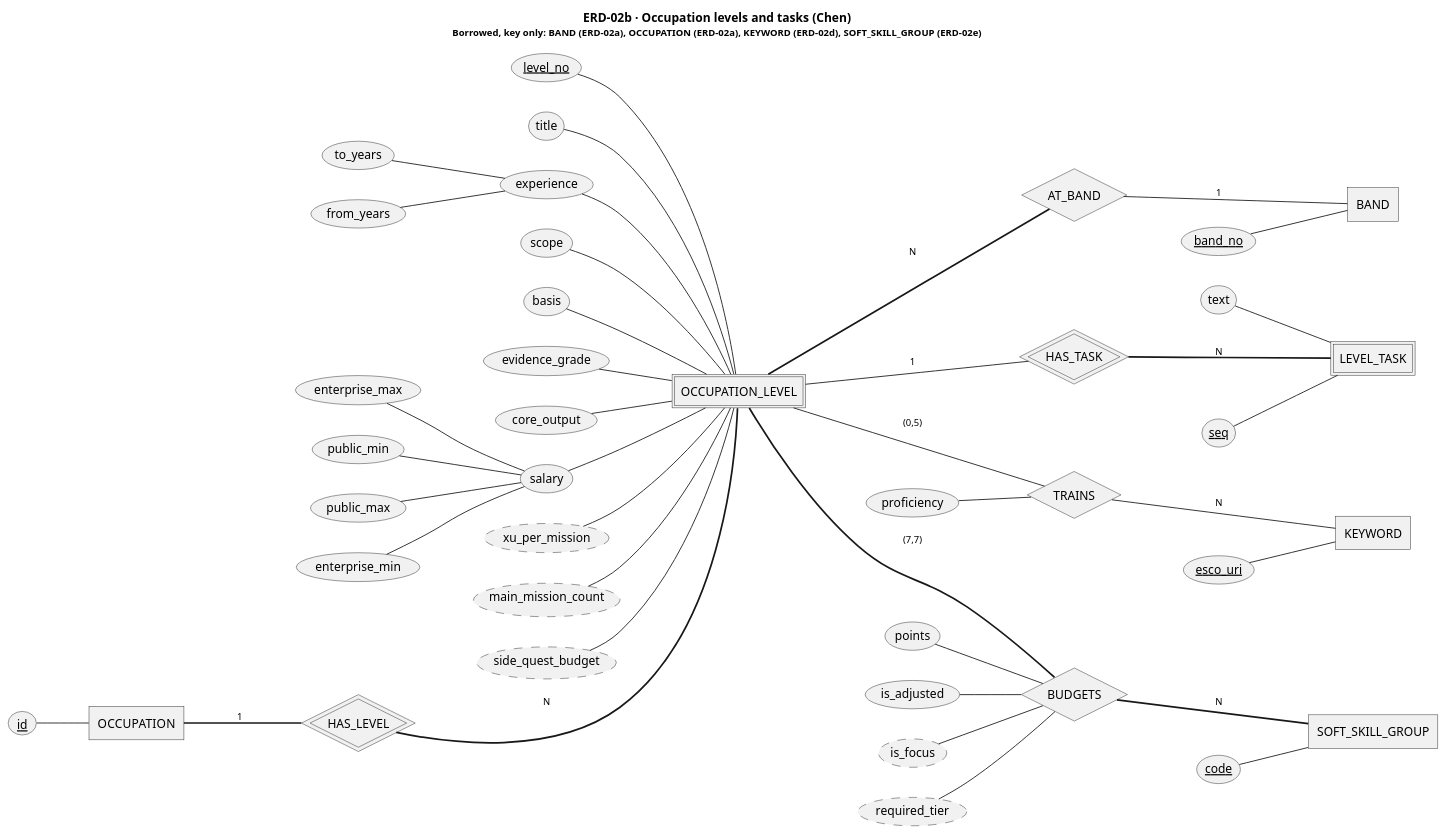
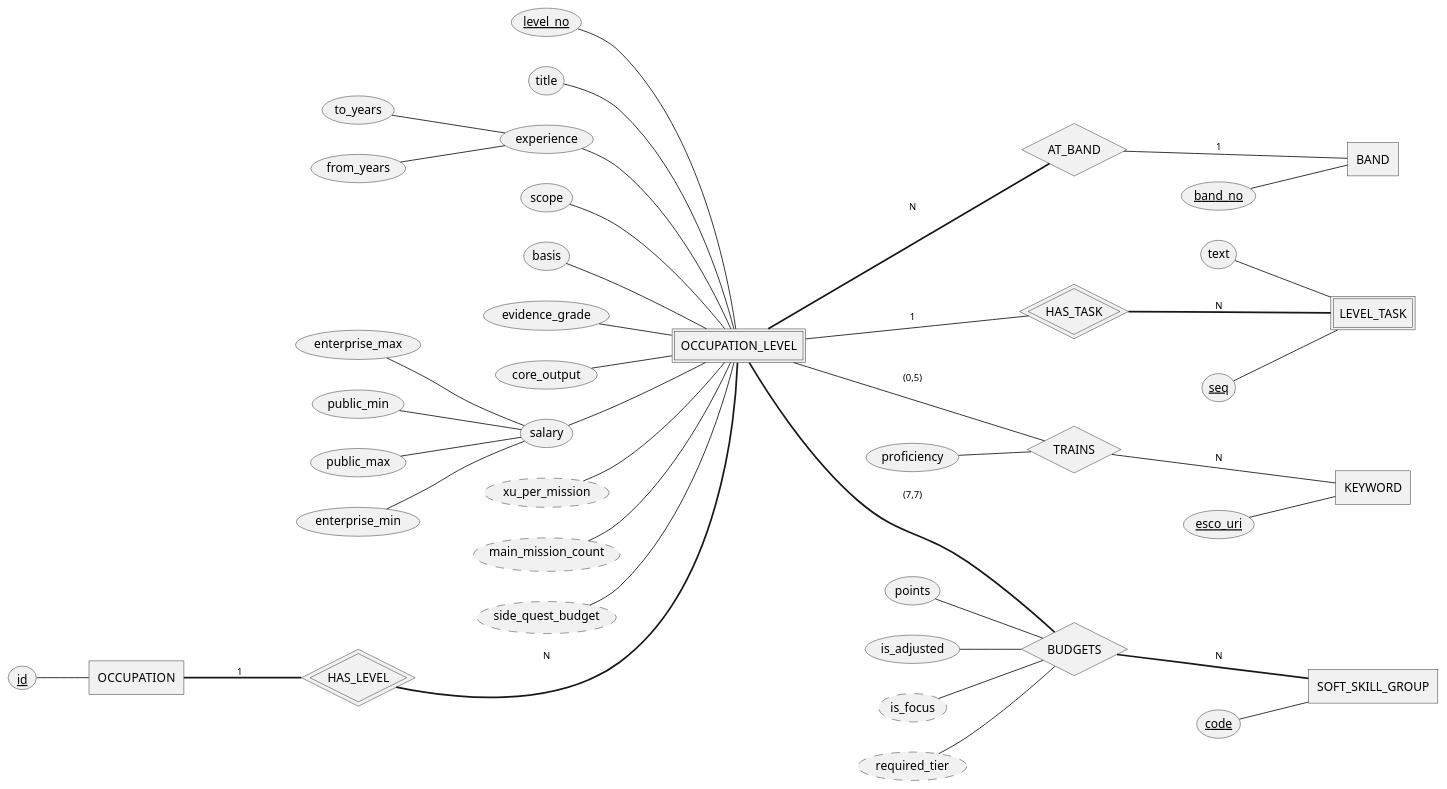
One commit to The-Golden-Trio/Capstone-Project changed the diagram in reports/master/plantuml/erd/ERD-02b_LevelsAndTasks.puml. Above: the diagram before and after it, drawn with PlantUML. The commit also changed 167 other files, not shown here.

```diff
--- a/reports/master/plantuml/erd/ERD-02b_LevelsAndTasks.puml
+++ b/reports/master/plantuml/erd/ERD-02b_LevelsAndTasks.puml
@@ -1,86 +1,86 @@
 @startchen ERD-02b_LevelsAndTasks
-title ERD-02b · Occupation levels and tasks (Chen)\n<size:11>Borrowed, key only: BAND (ERD-02a), OCCUPATION (ERD-02a), KEYWORD (ERD-02d), SOFT_SKILL_GROUP (ERD-02e)</size>
+' Borrowed, key only: BAND (ERD-02a), OCCUPATION (ERD-02a), KEYWORD (ERD-02d), SOFT_SKILL_GROUP (ERD-02e)
 left to right direction
 ' GENERATED by reports/master/design/compact/gen_erd.py from plantuml/erd/ERD_JobQuest_Chen.puml.
 ' Do not edit this file: edit ERD_JobQuest_Chen.puml (or VIEWS in the script) and rerun the script.
 ' Sections: B. Catalogue, occupation profile, work environments
 ' Notation: <<weak>> double rectangle · <<identifying>> double diamond · <<key>> key (partial on weak)
 '   <<derived>> dashed oval · <<multi>> double oval · { } composite · =N= total participation
 '   Label next to an entity = that entity's cardinality in the relationship.
 ' [CAM] research still 'can chot' or draft (07 A28) · [VANG] research 'da chot', no D-ID yet
 
 ' ═══ Entities ═══
 entity OCCUPATION_LEVEL <<weak>> {
   level_no <<key>>
   title
   experience {
     from_years
     to_years
   }
   scope
   basis
   evidence_grade
   core_output
   salary {
     enterprise_min
     enterprise_max
     public_min
     public_max
   }
   xu_per_mission <<derived>>
   main_mission_count <<derived>>
   side_quest_budget <<derived>>
 }
 entity LEVEL_TASK <<weak>> {
   seq <<key>>
   text
 }
 
 ' ═══ Relationships ═══
 relationship HAS_LEVEL <<identifying>> {
 }
 relationship AT_BAND {
 }
 relationship HAS_TASK <<identifying>> {
 }
 relationship TRAINS {
   proficiency
 }
 relationship BUDGETS {
   points
   is_adjusted
   is_focus <<derived>>
   required_tier <<derived>>
 }
 
 ' ═══ Borrowed from other views (key attributes only) ═══
 ' home: ERD-02a
 entity BAND {
   band_no <<key>>
 }
 ' home: ERD-02a
 entity OCCUPATION {
   id <<key>>
 }
 ' home: ERD-02d
 entity KEYWORD {
   esco_uri <<key>>
 }
 ' home: ERD-02e
 entity SOFT_SKILL_GROUP {
   code <<key>>
 }
 
 ' ═══ Links ═══
 OCCUPATION =1= HAS_LEVEL
 HAS_LEVEL =N= OCCUPATION_LEVEL
 OCCUPATION_LEVEL =N= AT_BAND
 AT_BAND -1- BAND
 OCCUPATION_LEVEL -1- HAS_TASK
 HAS_TASK =N= LEVEL_TASK
 OCCUPATION_LEVEL -(0,5)- TRAINS
 TRAINS -N- KEYWORD
 OCCUPATION_LEVEL =(7,7)= BUDGETS
 BUDGETS =N= SOFT_SKILL_GROUP
 
 @endchen
```
